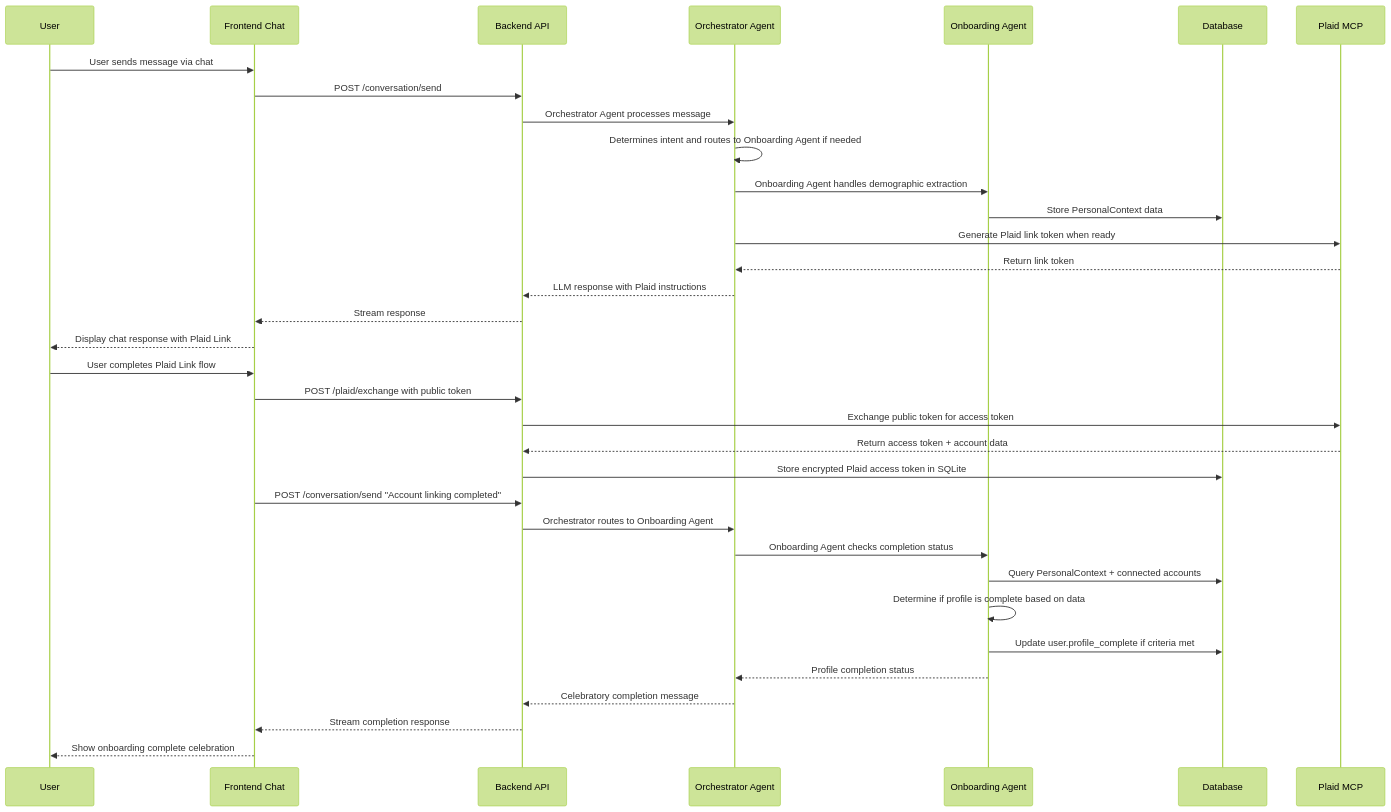
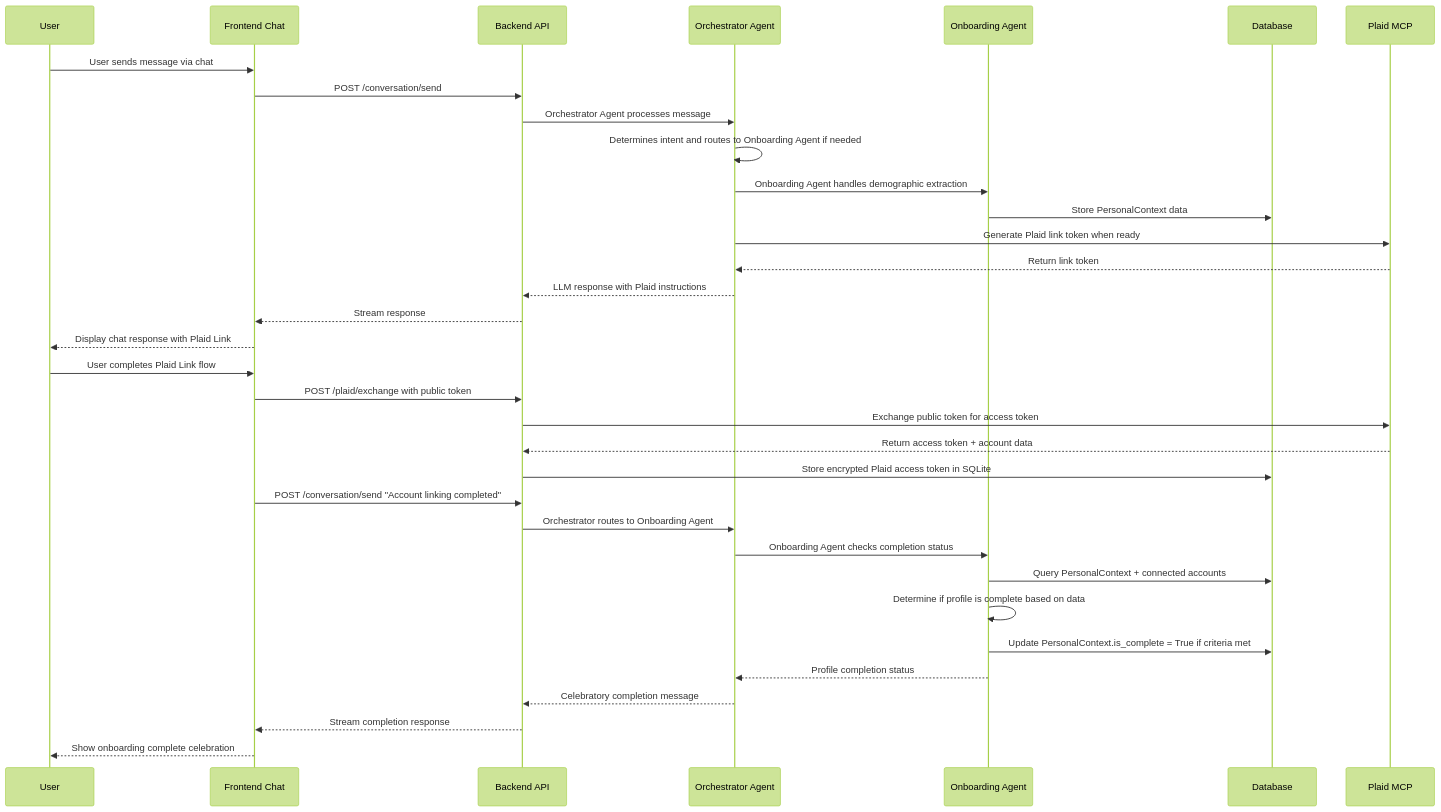
One commit to FinAssistant/financial-assistant changed the diagram in docs/stories/2.1a.story.md. Above: the diagram before and after it, drawn with Mermaid (forest theme). The commit also changed other lines of this file and 1 other file, not shown here.

Commit message:
Consolidated profile completion wording

````diff
--- a/docs/stories/2.1a.story.md
+++ b/docs/stories/2.1a.story.md
@@ -165,37 +169,37 @@
 ```mermaid
 sequenceDiagram
     participant U as User
     participant F as Frontend Chat
     participant B as Backend API
     participant O as Orchestrator Agent
     participant L as Onboarding Agent
     participant DB as Database
     participant P as Plaid MCP
 
     U->>F: User sends message via chat
     F->>B: POST /conversation/send
     B->>O: Orchestrator Agent processes message
     O->>O: Determines intent and routes to Onboarding Agent if needed
     O->>L: Onboarding Agent handles demographic extraction
     L->>DB: Store PersonalContext data
     O->>P: Generate Plaid link token when ready
     P-->>O: Return link token
     O-->>B: LLM response with Plaid instructions
     B-->>F: Stream response
     F-->>U: Display chat response with Plaid Link
     U->>F: User completes Plaid Link flow
     F->>B: POST /plaid/exchange with public token
     B->>P: Exchange public token for access token
     P-->>B: Return access token + account data
     B->>DB: Store encrypted Plaid access token in SQLite
     F->>B: POST /conversation/send "Account linking completed"
     B->>O: Orchestrator routes to Onboarding Agent
     O->>L: Onboarding Agent checks completion status
     L->>DB: Query PersonalContext + connected accounts
     L->>L: Determine if profile is complete based on data
-    L->>DB: Update user.profile_complete if criteria met
+    L->>DB: Update PersonalContext.is_complete = True if criteria met
     L-->>O: Profile completion status
     O-->>B: Celebratory completion message
     B-->>F: Stream completion response
     F-->>U: Show onboarding complete celebration
 ```
````
